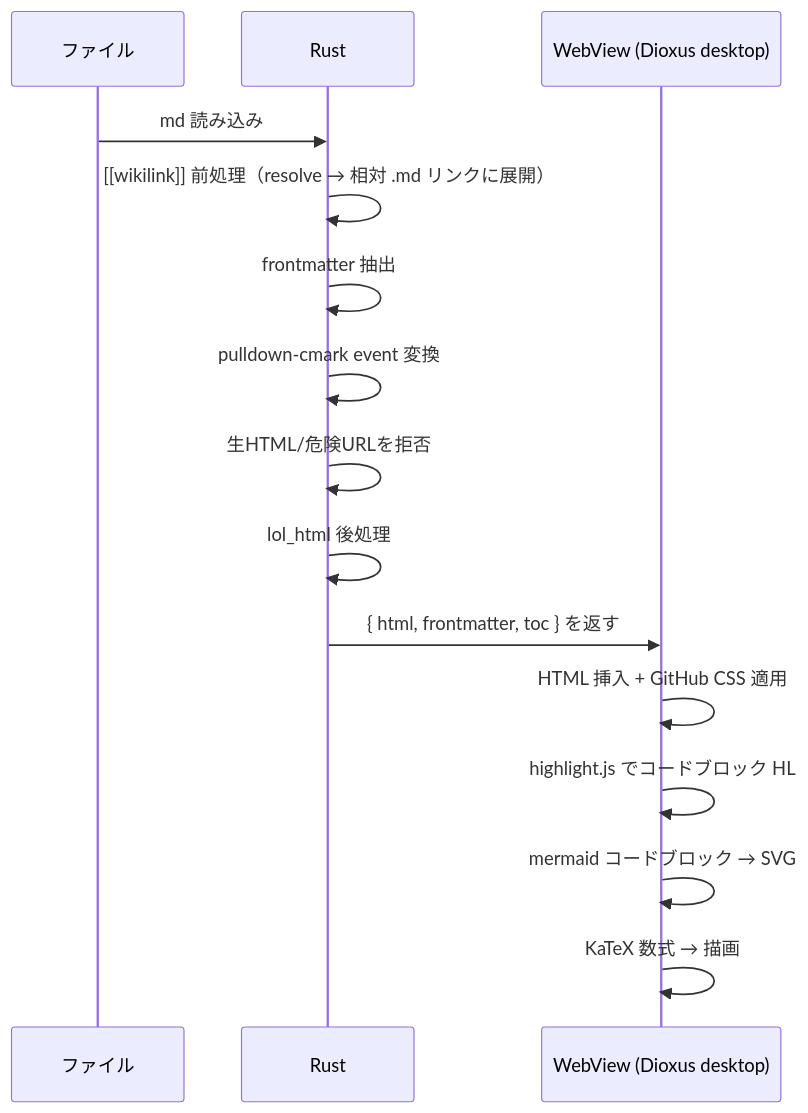
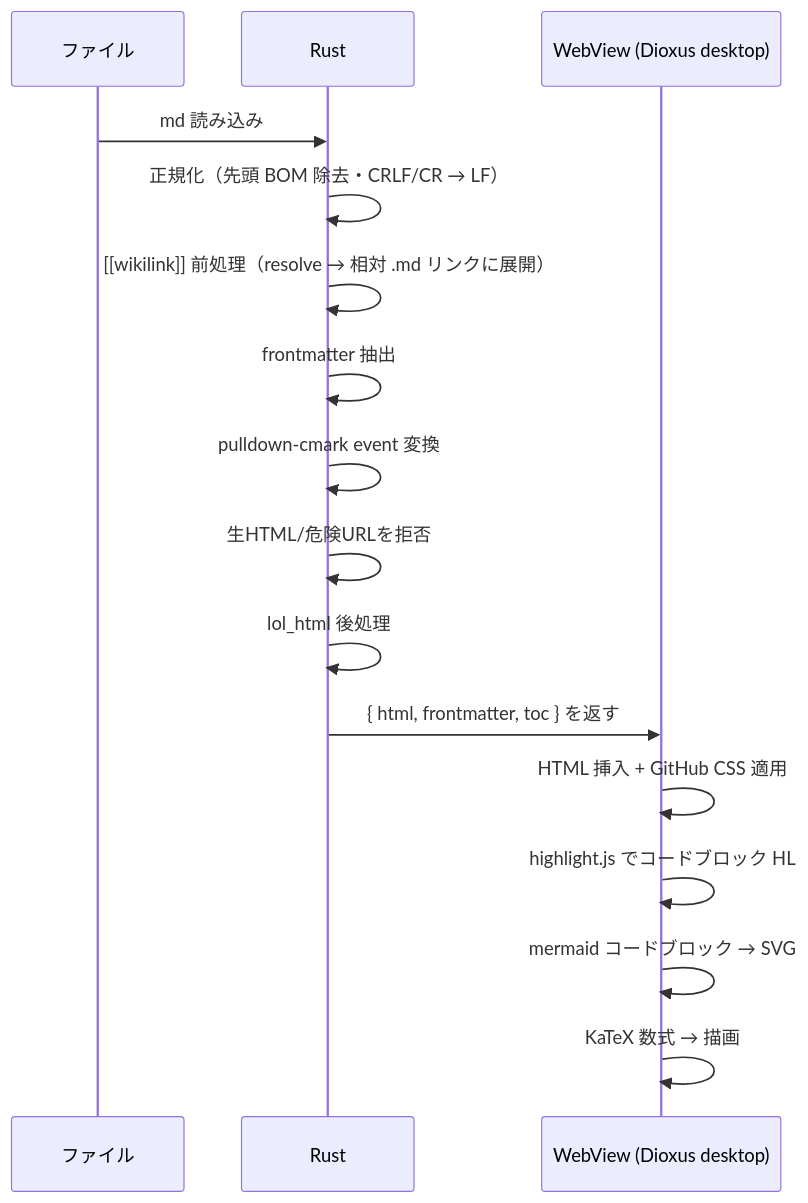
One commit to MizuRyu/mzed changed the first of 2 diagrams in docs/specs/06-rendering-pipeline.md. Above: the diagram before and after it, drawn with Mermaid. The commit also changed other lines of this file and 6 other files, not shown here.

First line of the commit message:
fix: everyday rendering paper cuts (BOM/CRLF, .markdown links, mailto)

````diff
--- a/docs/specs/06-rendering-pipeline.md
+++ b/docs/specs/06-rendering-pipeline.md
@@ -7,18 +7,19 @@
 ```mermaid
 sequenceDiagram
     participant FS as ファイル
     participant BG as Rust
     participant WV as WebView (Dioxus desktop)
 
     FS->>BG: md 読み込み
+    BG->>BG: 正規化（先頭 BOM 除去・CRLF/CR → LF）
     BG->>BG: [[wikilink]] 前処理（resolve → 相対 .md リンクに展開）
     BG->>BG: frontmatter 抽出
     BG->>BG: pulldown-cmark event 変換
     BG->>BG: 生HTML/危険URLを拒否
     BG->>BG: lol_html 後処理
     BG->>WV: { html, frontmatter, toc } を返す
     WV->>WV: HTML 挿入 + GitHub CSS 適用
     WV->>WV: highlight.js でコードブロック HL
     WV->>WV: mermaid コードブロック → SVG
     WV->>WV: KaTeX 数式 → 描画
 ```
````
